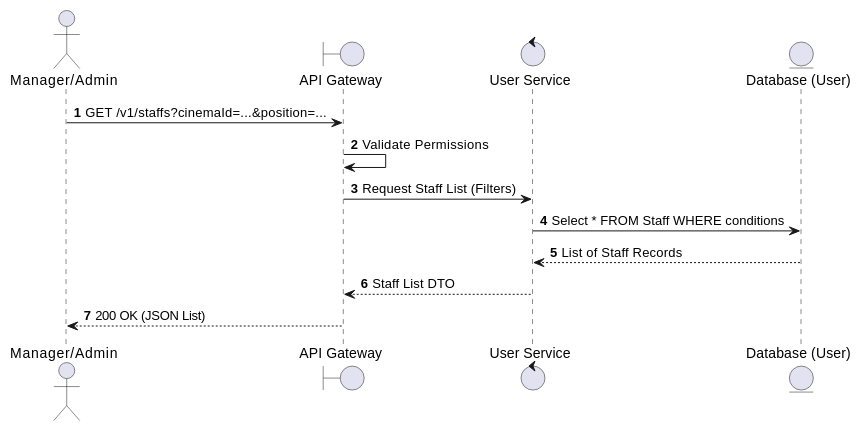
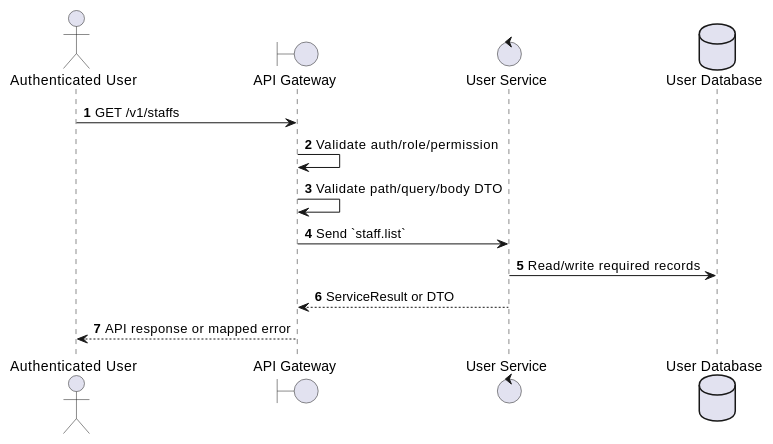
One commit to Tanh1603/movie-hub-architecture changed the first of 2 diagrams in docs/functional_specs/3.1_User_Management/UM-05_List_Staff.md. Above: the diagram before and after it, drawn with PlantUML. The commit also changed other lines of this file and 126 other files, not shown here.

````diff
--- a/docs/functional_specs/3.1_User_Management/UM-05_List_Staff.md
+++ b/docs/functional_specs/3.1_User_Management/UM-05_List_Staff.md
@@ -17,17 +17,17 @@
 ```plantuml
 @startuml
 autonumber
-actor "Manager/Admin" as Admin
+actor "Authenticated User" as Actor
 boundary "API Gateway" as GW
-control "User Service" as US
-entity "Database (User)" as DB
+control "User Service" as SVC
+database "User Database" as DB
 
-Admin -> GW: GET /v1/staffs?cinemaId=...&position=...
-GW -> GW: Validate Permissions
-GW -> US: Request Staff List (Filters)
-US -> DB: Select * FROM Staff WHERE conditions
-DB --> US: List of Staff Records
-US --> GW: Staff List DTO
-GW --> Admin: 200 OK (JSON List)
+Actor -> GW: GET /v1/staffs
+GW -> GW: Validate auth/role/permission
+GW -> GW: Validate path/query/body DTO
+GW -> SVC: Send `staff.list`
+SVC -> DB: Read/write required records
+SVC --> GW: ServiceResult or DTO
+GW --> Actor: API response or mapped error
 @enduml
 ```
````
